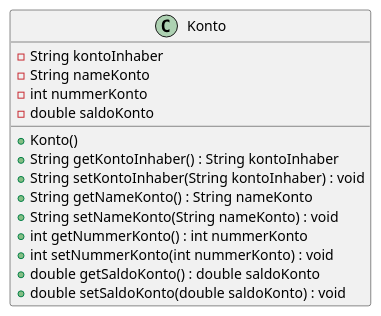
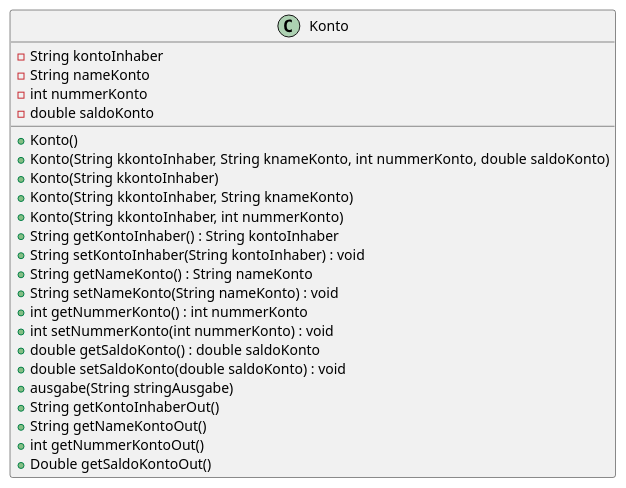
One commit to Bildungszentrum-fur-Technik/lernportfolio_m226a-21r8430 changed the diagram in docs/M226AProgramming/Tag2/README.md. Above: the diagram before and after it, drawn with PlantUML. The commit also changed 2 other files, not shown here.

Commit message:
documented konto02 and updated plantUML

````diff
--- a/docs/M226AProgramming/Tag2/README.md
+++ b/docs/M226AProgramming/Tag2/README.md
@@ -28,20 +28,29 @@
 ```plantuml
 @startuml
 class Konto{
     -String kontoInhaber
     -String nameKonto
     -int nummerKonto
     -double saldoKonto
     +Konto()
+    +Konto(String kkontoInhaber, String knameKonto, int nummerKonto, double saldoKonto)
+    +Konto(String kkontoInhaber)
+    +Konto(String kkontoInhaber, String knameKonto)
+    +Konto(String kkontoInhaber, int nummerKonto)
     +String getKontoInhaber() : String kontoInhaber
     +String setKontoInhaber(String kontoInhaber) : void
     +String getNameKonto() : String nameKonto
     +String setNameKonto(String nameKonto) : void
     +int getNummerKonto() : int nummerKonto
     +int setNummerKonto(int nummerKonto) : void
     +double getSaldoKonto() : double saldoKonto
     +double setSaldoKonto(double saldoKonto) : void
+    +ausgabe(String stringAusgabe)
+    +String getKontoInhaberOut()
+    +String getNameKontoOut()
+    +int getNummerKontoOut()
+    +Double getSaldoKontoOut()
     
 }
 @enduml
 ```
````
